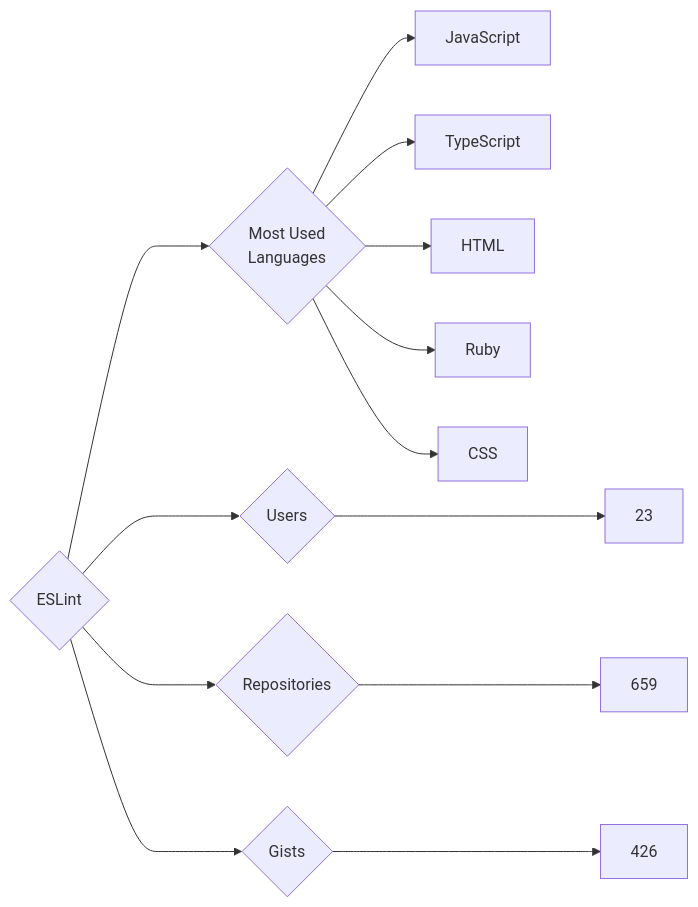
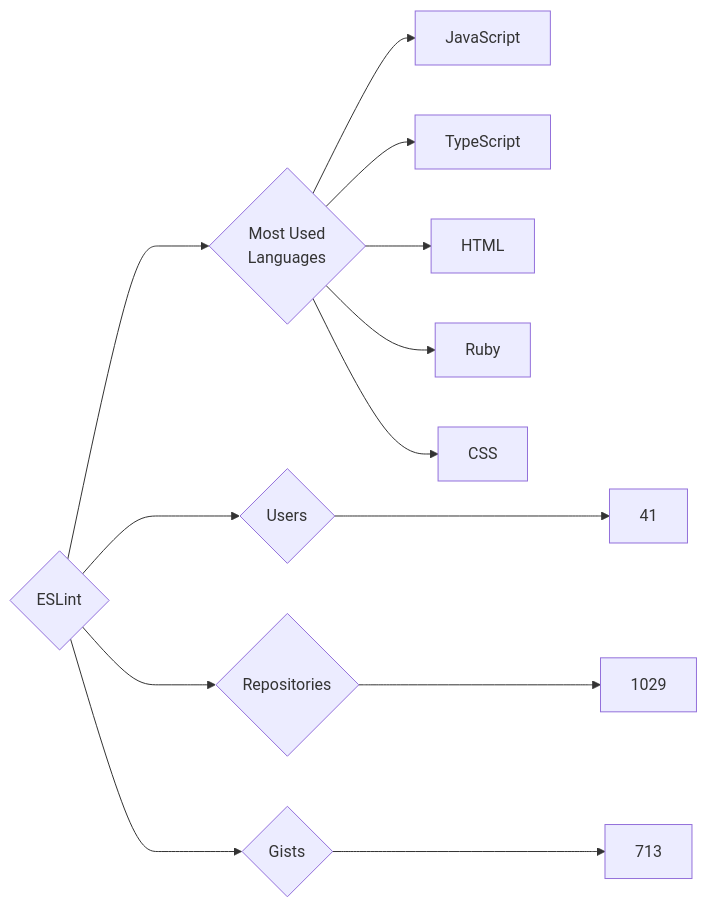
The diagram in targets/ESLint/README.md (trickest/insiders), drawn with Mermaid before and after one commit. The commit also changed 1195 other files, not shown here.

````diff
--- a/targets/ESLint/README.md
+++ b/targets/ESLint/README.md
@@ -3,13 +3,13 @@
 ```mermaid
 graph LR
 COMPANY_NAME{ESLint}
-COMPANY_NAME ---> U{Users} ---> UN[23]
-COMPANY_NAME ---> R{Repositories} ---> RN[659]
-COMPANY_NAME ---> G{Gists} ---> GN[426]
+COMPANY_NAME ---> U{Users} ---> UN[41]
+COMPANY_NAME ---> R{Repositories} ---> RN[1029]
+COMPANY_NAME ---> G{Gists} ---> GN[713]
 COMPANY_NAME ---> ML{Most Used<br>Languages}
 ML --> JavaScript[JavaScript]
 ML --> TypeScript[TypeScript]
 ML --> HTML[HTML]
 ML --> Ruby[Ruby]
 ML --> CSS[CSS]
 ```
````
